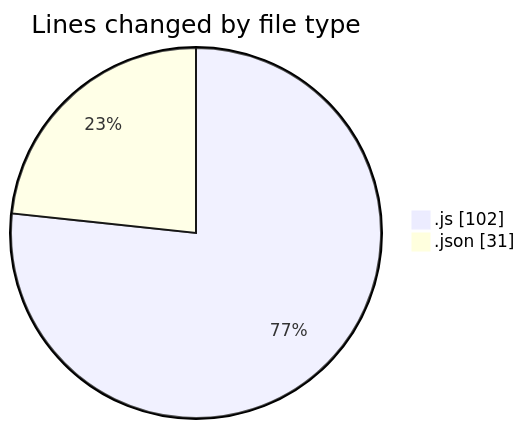
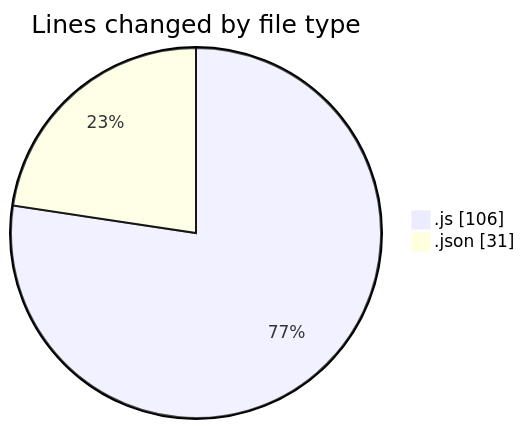
Before and after one commit to Ritupan-Deka/code-tracking: the first of 2 diagrams in 2025-07-02/mern-thinkboard/README.md, drawn with Mermaid. The commit also changed other lines of this file and 1 other file, not shown here.

````diff
--- a/2025-07-02/mern-thinkboard/README.md
+++ b/2025-07-02/mern-thinkboard/README.md
@@ -22,6 +22,6 @@
 ```mermaid
 pie showData
 title Lines changed by file type
-".js" : 102
+".js" : 106
 ".json" : 31
 ```
````
